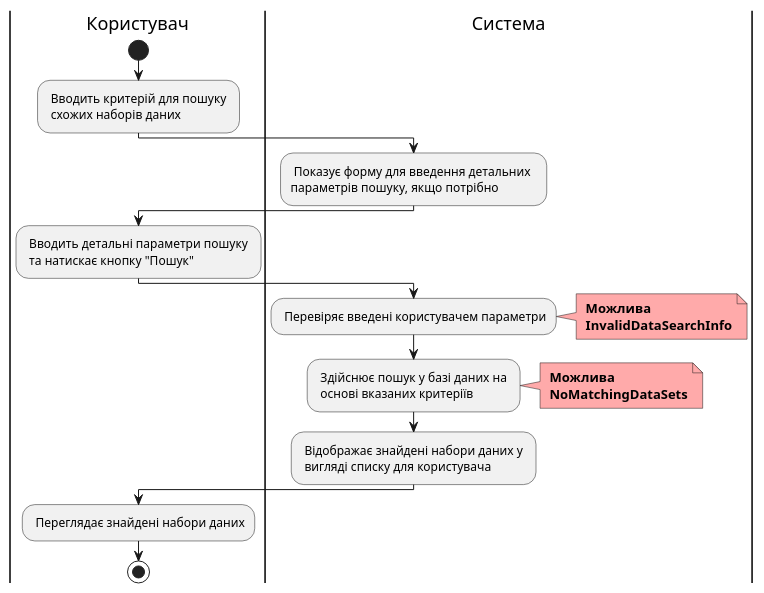
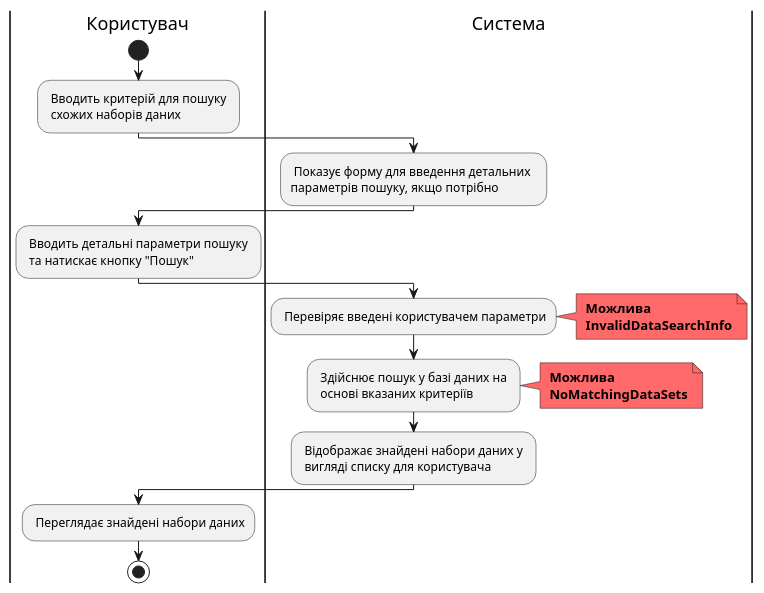
One commit to edu-db/edu_db_labs changed diagram 13 of 23 in docs/use cases/README.md. Above: the diagram before and after it, drawn with PlantUML. The commit also changed other lines of this file and 1 other file, not shown here.

Commit message:
refactor: change errors font color and background in UML

```diff
--- a/docs/use cases/README.md
+++ b/docs/use cases/README.md
@@ -492,31 +492,31 @@
 @startuml
 
     |Користувач|
     start;
     : Вводить критерій для пошуку \n схожих наборів даних;
 
     |Система|
     : Показує форму для введення детальних  \nпараметрів пошуку, якщо потрібно;
 
     |Користувач|
     : Вводить детальні параметри пошуку \n та натискає кнопку "Пошук";
 
     |Система|
     : Перевіряє введені користувачем параметри;
-    note right #ffaaaa
+    note right #FF6969
     <b> Можлива
     <b> InvalidDataSearchInfo
     end note
 
     : Здійснює пошук у базі даних на \n основі вказаних критеріїв;
-    note right #ffaaaa
+    note right #FF6969
     <b> Можлива
     <b> NoMatchingDataSets
     end note
     : Відображає знайдені набори даних у \n вигляді списку для користувача;
 
     |Користувач|
     : Переглядає знайдені набори даних;
     stop;
 
 @enduml
```
